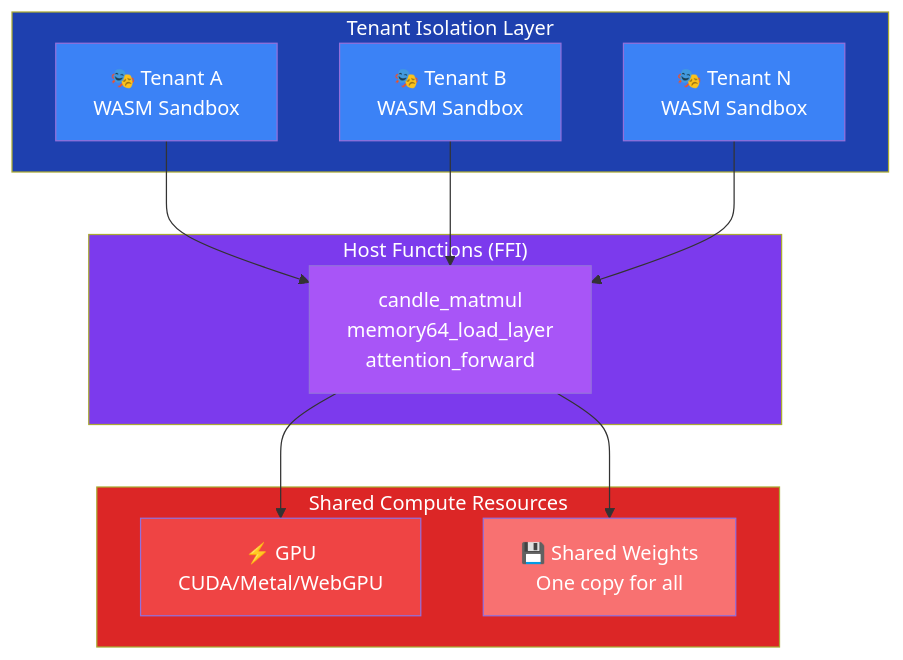
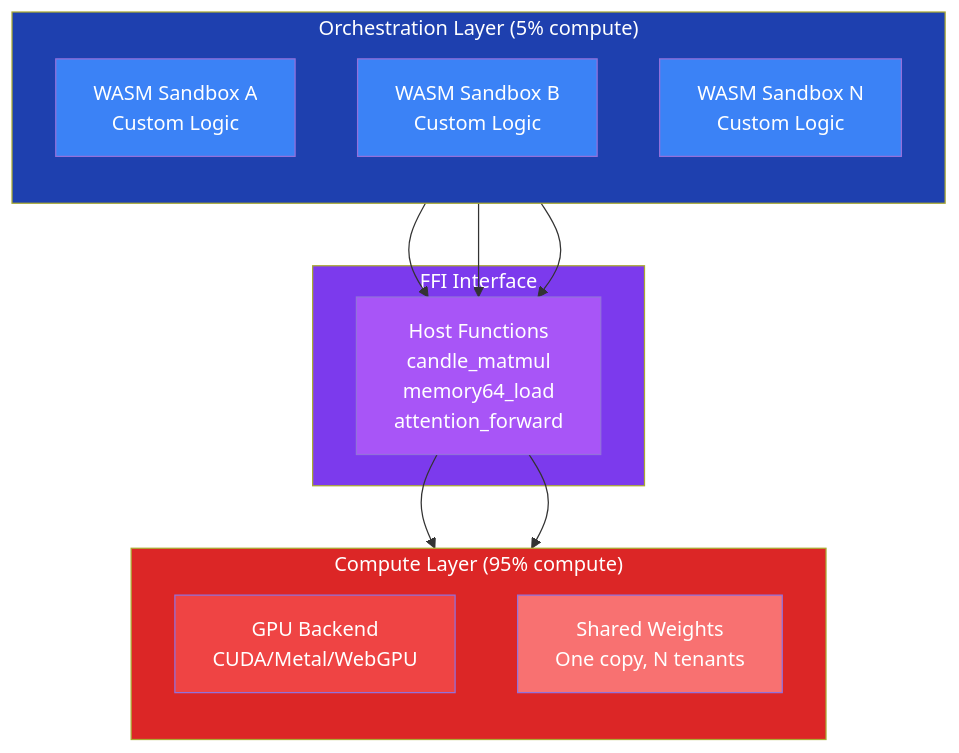
One commit to Querent-ai/realm changed the second of 5 diagrams in README.md. Above: the diagram before and after it, drawn with Mermaid. The commit also changed other lines of this file, not shown here.

````diff
--- a/README.md
+++ b/README.md
@@ -68,32 +94,34 @@
 ```mermaid
 graph TB
-    subgraph Tenants["Tenant Isolation Layer"]
-        TA["🎭 Tenant A<br/>WASM Sandbox"]
-        TB["🎭 Tenant B<br/>WASM Sandbox"]
-        TN["🎭 Tenant N<br/>WASM Sandbox"]
-        style Tenants fill:#1e40af,color:#fff
-        style TA fill:#3b82f6,color:#fff
-        style TB fill:#3b82f6,color:#fff
-        style TN fill:#3b82f6,color:#fff
+    subgraph Orchestration["Orchestration Layer (5% compute)"]
+        direction TB
+        WASM1["WASM Sandbox A<br/>Custom Logic"]
+        WASM2["WASM Sandbox B<br/>Custom Logic"]
+        WASM3["WASM Sandbox N<br/>Custom Logic"]
+        style Orchestration fill:#1e40af,color:#fff
+        style WASM1 fill:#3b82f6,color:#fff
+        style WASM2 fill:#3b82f6,color:#fff
+        style WASM3 fill:#3b82f6,color:#fff
     end
     
-    subgraph Host["Host Functions (FFI)"]
-        HF["candle_matmul<br/>memory64_load_layer<br/>attention_forward"]
-        style Host fill:#7c3aed,color:#fff
+    subgraph Interface["FFI Interface"]
+        HF["Host Functions<br/>candle_matmul<br/>memory64_load<br/>attention_forward"]
+        style Interface fill:#7c3aed,color:#fff
         style HF fill:#a855f7,color:#fff
     end
     
-    subgraph Shared["Shared Compute Resources"]
-        GPU["⚡ GPU<br/>CUDA/Metal/WebGPU"]
-        MEM["💾 Shared Weights<br/>One copy for all"]
-        style Shared fill:#dc2626,color:#fff
+    subgraph Compute["Compute Layer (95% compute)"]
+        direction TB
+        GPU["GPU Backend<br/>CUDA/Metal/WebGPU"]
+        WEIGHTS["Shared Weights<br/>One copy, N tenants"]
+        style Compute fill:#dc2626,color:#fff
         style GPU fill:#ef4444,color:#fff
-        style MEM fill:#f87171,color:#fff
+        style WEIGHTS fill:#f87171,color:#fff
     end
     
-    TA --> HF
-    TB --> HF
-    TN --> HF
+    WASM1 --> HF
+    WASM2 --> HF
+    WASM3 --> HF
     HF --> GPU
-    HF --> MEM
+    HF --> WEIGHTS
 ```
````
